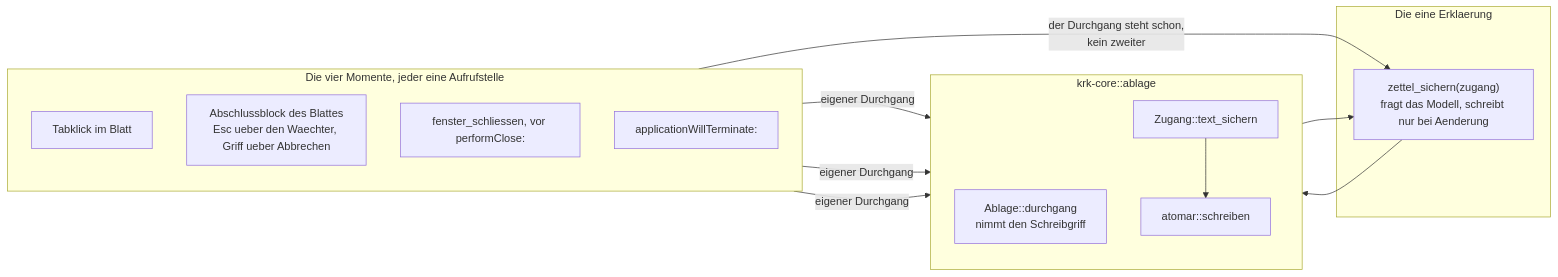
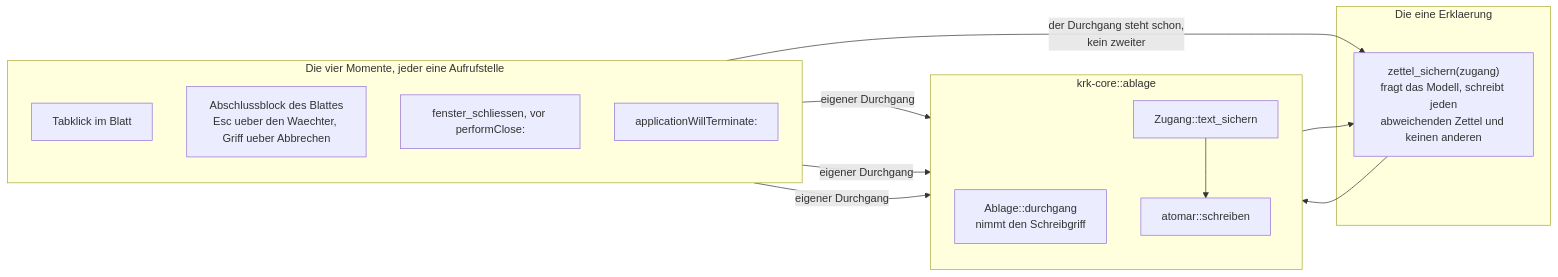
The second of 3 diagrams in fusion-workbench/circles/260813-2332-notizzettel-als-blatt-mit-zwei-zetteln/planning/260814-0656_o_plan-notizzettel-als-blatt-mit-zwei-zetteln.md (tenzoki/krk), drawn with Mermaid before and after one commit. The commit also changed other lines of this file and 11 other files, not shown here.

````diff
--- a/fusion-workbench/circles/260813-2332-notizzettel-als-blatt-mit-zwei-zetteln/planning/260814-0656_o_plan-notizzettel-als-blatt-mit-zwei-zetteln.md
+++ b/fusion-workbench/circles/260813-2332-notizzettel-als-blatt-mit-zwei-zetteln/planning/260814-0656_o_plan-notizzettel-als-blatt-mit-zwei-zetteln.md
@@ -106,26 +107,26 @@
 ```mermaid
 flowchart LR
     subgraph MOMENTE["Die vier Momente, jeder eine Aufrufstelle"]
         direction TB
         M1["Tabklick im Blatt"]
         M2["Abschlussblock des Blattes<br/>Esc ueber den Waechter, Griff ueber Abbrechen"]
         M3["fenster_schliessen, vor performClose:"]
         M4["applicationWillTerminate:"]
     end
     subgraph EINE["Die eine Erklaerung"]
-        ZS["zettel_sichern(zugang)<br/>fragt das Modell, schreibt nur bei Aenderung"]
+        ZS["zettel_sichern(zugang)<br/>fragt das Modell, schreibt jeden<br/>abweichenden Zettel und keinen anderen"]
     end
     subgraph ABLAGE["krk-core::ablage"]
         direction TB
         DG["Ablage::durchgang<br/>nimmt den Schreibgriff"]
         TS["Zugang::text_sichern"]
         AT["atomar::schreiben"]
     end
     M1 -->|"eigener Durchgang"| DG
     M2 -->|"eigener Durchgang"| DG
     M3 -->|"eigener Durchgang"| DG
     M4 -->|"der Durchgang steht schon,<br/>kein zweiter"| ZS
     DG --> ZS
     ZS --> TS
     TS --> AT
 ```
````
